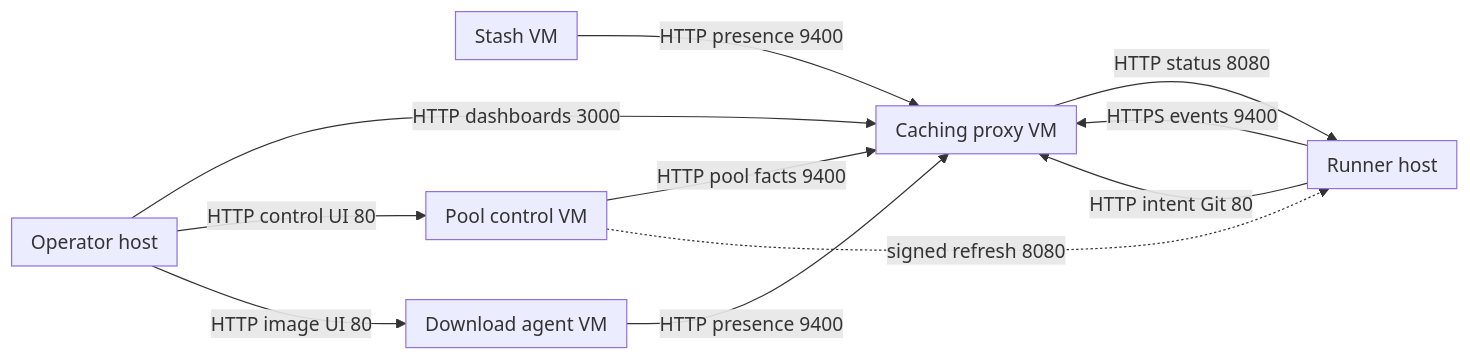
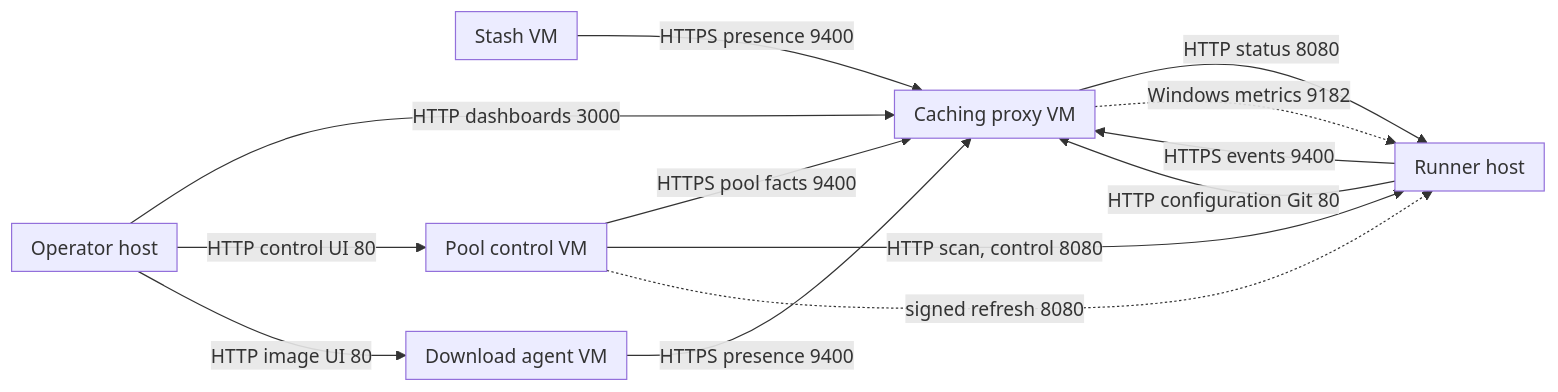
Before and after one commit to alissonsol/yuruna: the third of 9 diagrams in docs/design/06-deployment.md, drawn with Mermaid. The commit also changed other lines of this file and 1409 other files, not shown here.

````diff
--- a/docs/design/06-deployment.md
+++ b/docs/design/06-deployment.md
@@ -112,26 +134,29 @@
 ```mermaid
 flowchart LR
     subgraph operator-host["Operator host"]
     end
     subgraph host["Runner host"]
     end
     subgraph caching-proxy-service["Caching proxy VM"]
     end
     subgraph pool-control-service["Pool control VM"]
     end
     subgraph download-agent-service["Download agent VM"]
     end
     subgraph stash-service["Stash VM"]
     end
     operator-host -->|HTTP dashboards 3000| caching-proxy-service
     operator-host -->|HTTP control UI 80| pool-control-service
     operator-host -->|HTTP image UI 80| download-agent-service
     host -->|HTTPS events 9400| caching-proxy-service
     caching-proxy-service -->|HTTP status 8080| host
-    host -->|HTTP intent Git 80| caching-proxy-service
-    pool-control-service -->|HTTP pool facts 9400| caching-proxy-service
-    download-agent-service -->|HTTP presence 9400| caching-proxy-service
-    stash-service -->|HTTP presence 9400| caching-proxy-service
+    host -->|HTTP configuration Git 80| caching-proxy-service
+    pool-control-service -->|HTTPS pool facts 9400| caching-proxy-service
+    download-agent-service -->|HTTPS presence 9400| caching-proxy-service
+    stash-service -->|HTTPS presence 9400| caching-proxy-service
+    pool-control-service -->|HTTP scan, control 8080| host
     %% optional: remote refresh requires configured authority and operator credentials.
     pool-control-service -.->|signed refresh 8080| host
+    %% optional: only Windows hosts publish windows_exporter metrics.
+    caching-proxy-service -.->|Windows metrics 9182| host
 ```
````
